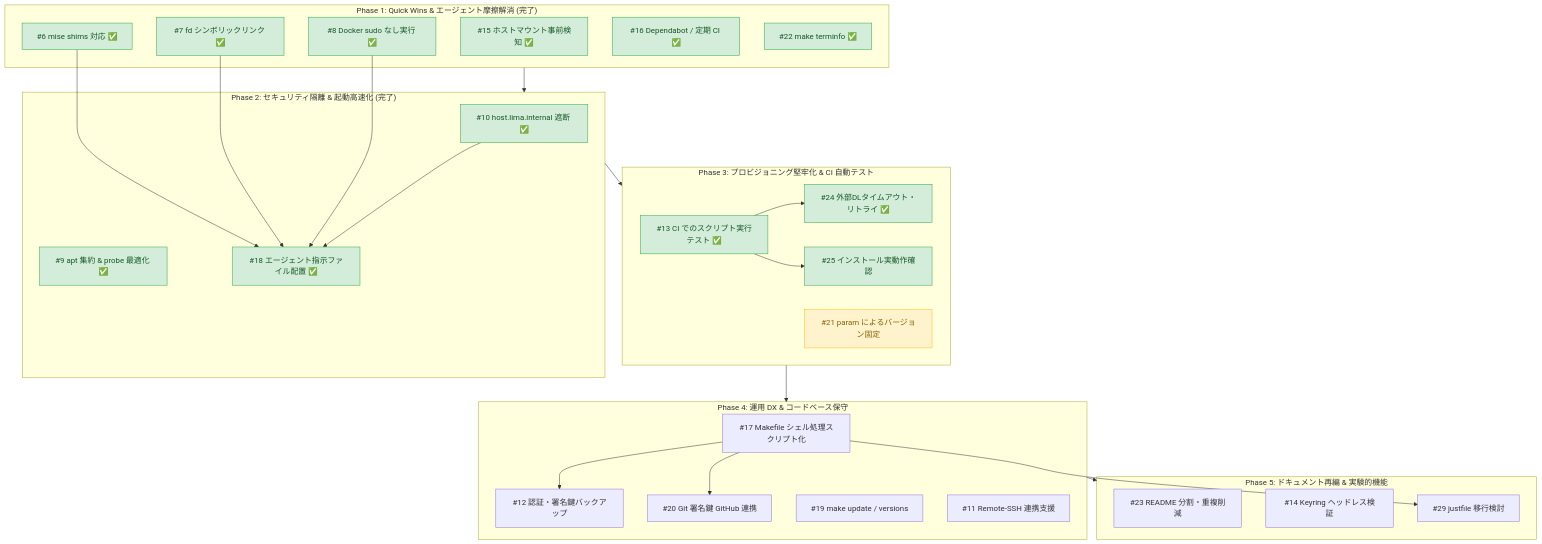
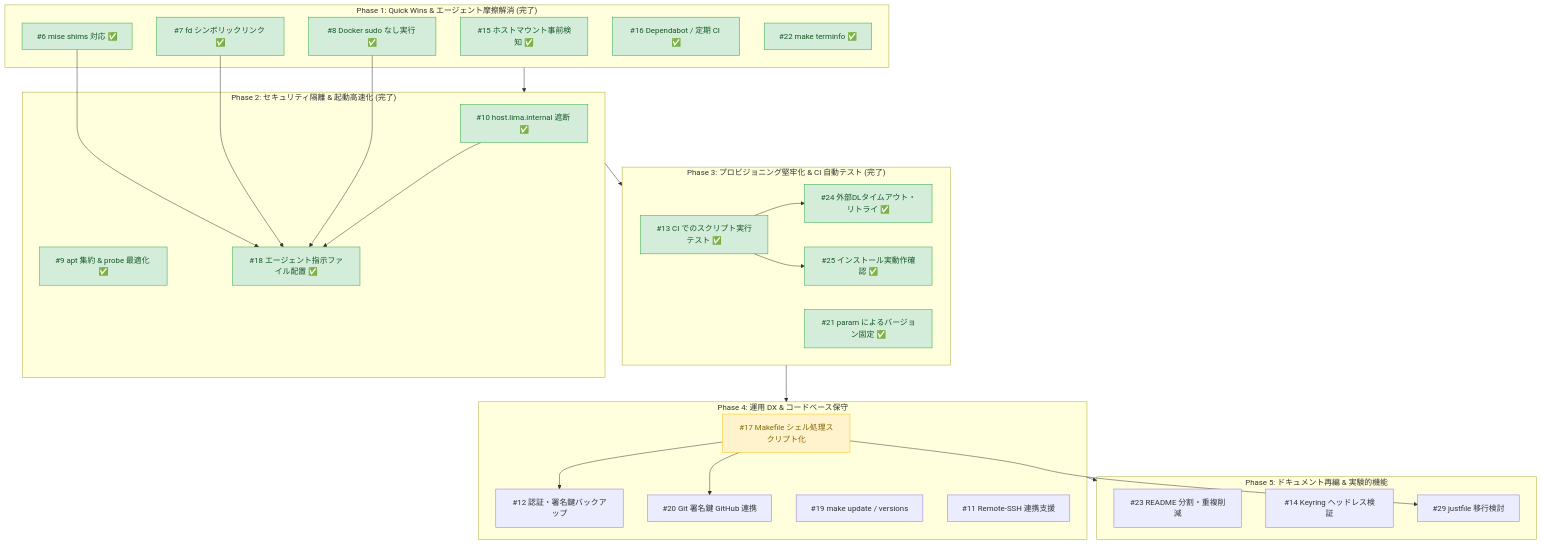
One commit to ikuy1203/lima-coding-sandbox changed the diagram in docs/issue-prioritization.md. Above: the diagram before and after it, drawn with Mermaid. The commit also changed other lines of this file and 9 other files, not shown here.

````diff
--- a/docs/issue-prioritization.md
+++ b/docs/issue-prioritization.md
@@ -93,57 +94,57 @@
 ```mermaid
 flowchart TD
     subgraph Phase1["Phase 1: Quick Wins & エージェント摩擦解消 (完了)"]
         I15["#15 ホストマウント事前検知 ✅"]
         I7["#7 fd シンボリックリンク ✅"]
         I8["#8 Docker sudo なし実行 ✅"]
         I6["#6 mise shims 対応 ✅"]
         I16["#16 Dependabot / 定期 CI ✅"]
         I22["#22 make terminfo ✅"]
     end
 
     subgraph Phase2["Phase 2: セキュリティ隔離 & 起動高速化 (完了)"]
         I10["#10 host.lima.internal 遮断 ✅"]
         I9["#9 apt 集約 & probe 最適化 ✅"]
         I18["#18 エージェント指示ファイル配置 ✅"]
     end
 
-    subgraph Phase3["Phase 3: プロビジョニング堅牢化 & CI 自動テスト"]
+    subgraph Phase3["Phase 3: プロビジョニング堅牢化 & CI 自動テスト (完了)"]
         I13["#13 CI でのスクリプト実行テスト ✅"]
         I24["#24 外部DLタイムアウト・リトライ ✅"]
-        I25["#25 インストール実動作確認"]
-        I21["#21 param によるバージョン固定"]
+        I25["#25 インストール実動作確認 ✅"]
+        I21["#21 param によるバージョン固定 ✅"]
     end
 
     subgraph Phase4["Phase 4: 運用 DX & コードベース保守"]
         I17["#17 Makefile シェル処理スクリプト化"]
         I12["#12 認証・署名鍵バックアップ"]
         I20["#20 Git 署名鍵 GitHub 連携"]
         I19["#19 make update / versions"]
         I11["#11 Remote-SSH 連携支援"]
     end
 
     subgraph Phase5["Phase 5: ドキュメント再編 & 実験的機能"]
         I23["#23 README 分割・重複削減"]
         I14["#14 Keyring ヘッドレス検証"]
         I29["#29 justfile 移行検討"]
     end
 
     Phase1 --> Phase2
     Phase2 --> Phase3
     Phase3 --> Phase4
     Phase4 --> Phase5
     I6 --> I18
     I7 --> I18
     I8 --> I18
     I10 --> I18
     I13 --> I24
     I13 --> I25
     I17 --> I12
     I17 --> I20
     I17 --> I29
 
     classDef done fill:#d4edda,stroke:#28a745,color:#155724
     classDef next fill:#fff3cd,stroke:#ffc107,color:#856404
-    class I15,I7,I8,I6,I16,I22,I10,I9,I18,I13,I24,I25 done
-    class I21 next
+    class I15,I7,I8,I6,I16,I22,I10,I9,I18,I13,I24,I25,I21 done
+    class I17 next
 ```
````
